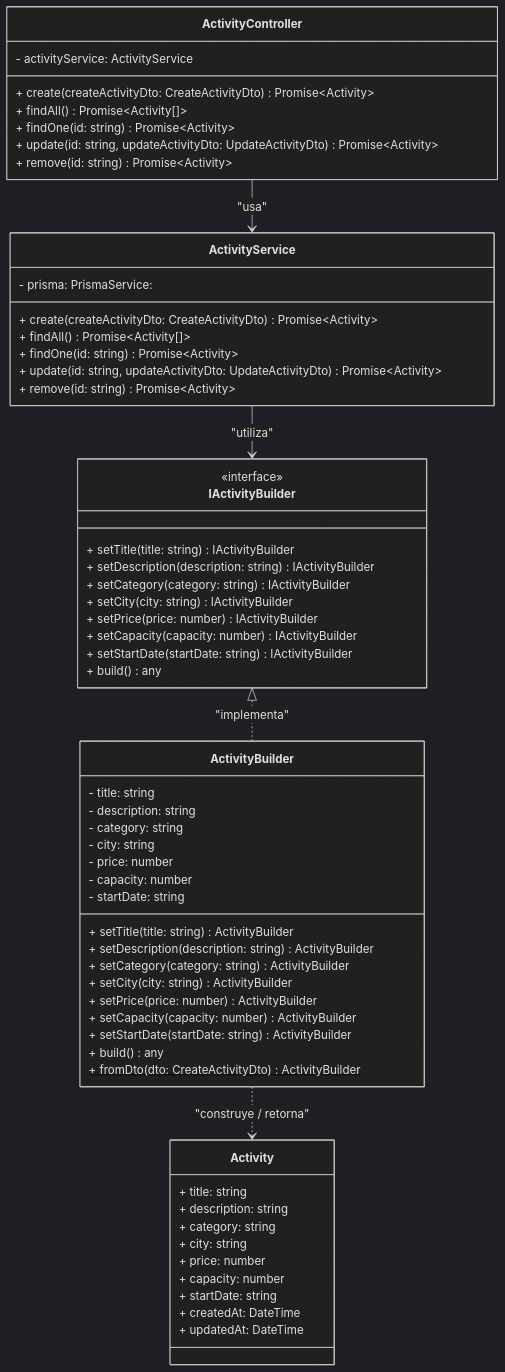
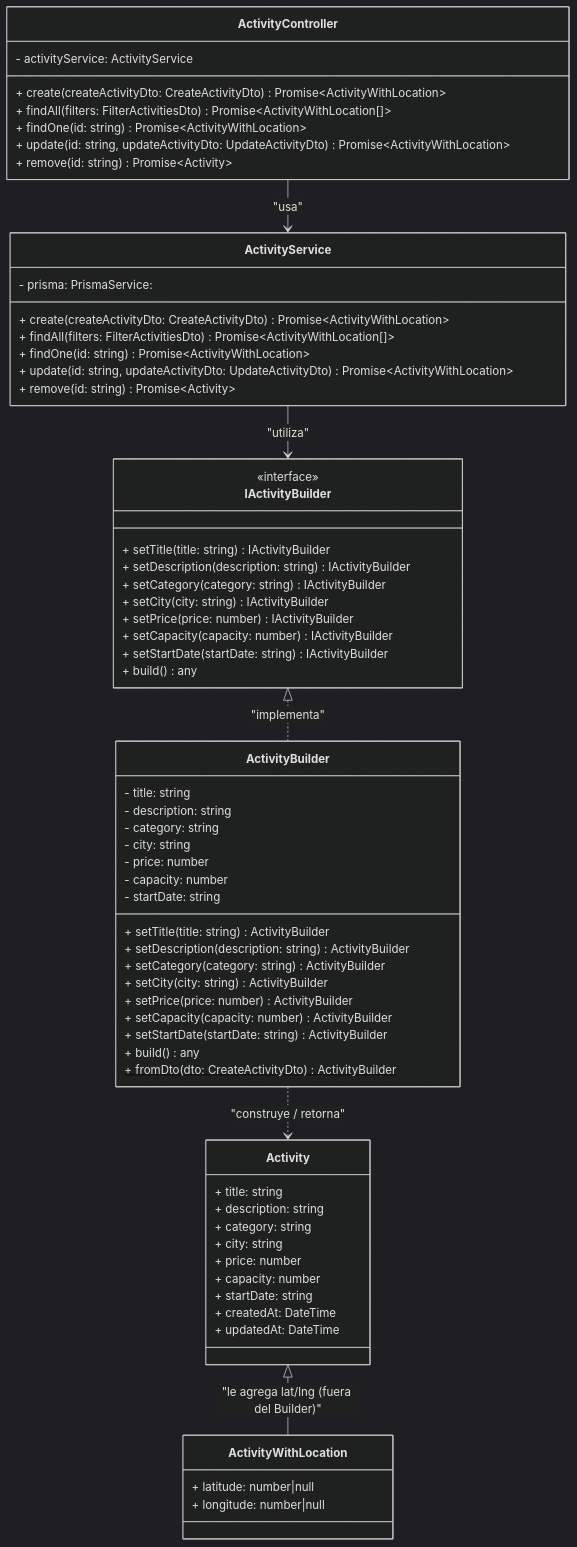
Before and after one commit to CaroDevs/Grupo1_Reto1_EventosMedellin: the second of 2 diagrams in docs/patrones-creacionales/justificacion.md, drawn with Mermaid (dark theme). The commit also changed other lines of this file, not shown here.

Commit message:
Add: actualiza el diagrama de Builder con filtros y ActivityWithLocation
findAll ahora recibe FilterActivitiesDto y los métodos devuelven
ActivityWithLocation (Activity + latitude/longitude), no estaba
reflejado. Se agrega también una nota explicando por qué latitude/
longitude no entraron al Builder: location es una columna PostGIS
(Unsupported en Prisma), se maneja aparte con SQL crudo en
ActivityService, no es responsabilidad del Builder.

````diff
--- a/docs/patrones-creacionales/justificacion.md
+++ b/docs/patrones-creacionales/justificacion.md
@@ -97,68 +97,74 @@
 ```mermaid
 classDiagram
     class ActivityController {
         - activityService: ActivityService
-        + create(createActivityDto: CreateActivityDto) Promise~Activity~
-        + findAll() Promise~Activity[]~
-        + findOne(id: string) Promise~Activity~
-        + update(id: string, updateActivityDto: UpdateActivityDto) Promise~Activity~
+        + create(createActivityDto: CreateActivityDto) Promise~ActivityWithLocation~
+        + findAll(filters: FilterActivitiesDto) Promise~ActivityWithLocation[]~
+        + findOne(id: string) Promise~ActivityWithLocation~
+        + update(id: string, updateActivityDto: UpdateActivityDto) Promise~ActivityWithLocation~
         + remove(id: string) Promise~Activity~
     }
 
     class ActivityService {
         - prisma: PrismaService:
-        + create(createActivityDto: CreateActivityDto) Promise~Activity~
-        + findAll() Promise~Activity[]~
-        + findOne(id: string) Promise~Activity~
-        + update(id: string, updateActivityDto: UpdateActivityDto) Promise~Activity~
+        + create(createActivityDto: CreateActivityDto) Promise~ActivityWithLocation~
+        + findAll(filters: FilterActivitiesDto) Promise~ActivityWithLocation[]~
+        + findOne(id: string) Promise~ActivityWithLocation~
+        + update(id: string, updateActivityDto: UpdateActivityDto) Promise~ActivityWithLocation~
         + remove(id: string) Promise~Activity~
     }
 
     class IActivityBuilder {
         <<interface>>
         + setTitle(title: string) IActivityBuilder
         + setDescription(description: string) IActivityBuilder
         + setCategory(category: string) IActivityBuilder
         + setCity(city: string) IActivityBuilder
         + setPrice(price: number) IActivityBuilder
         + setCapacity(capacity: number) IActivityBuilder
         + setStartDate(startDate: string) IActivityBuilder
         + build() any
     }
 
     class ActivityBuilder {
         - title: string 
         - description: string 
         - category: string 
         - city: string 
         - price: number 
         - capacity: number
         - startDate: string 
         + setTitle(title: string) ActivityBuilder
         + setDescription(description: string) ActivityBuilder
         + setCategory(category: string) ActivityBuilder
         + setCity(city: string) ActivityBuilder
         + setPrice(price: number) ActivityBuilder
         + setCapacity(capacity: number) ActivityBuilder
         + setStartDate(startDate: string) ActivityBuilder
         + build() any
         + fromDto(dto: CreateActivityDto)$ ActivityBuilder
     }
 
     class Activity {
         + title: string 
         + description: string 
         + category: string 
         + city: string 
         + price: number 
         + capacity: number
         + startDate: string 
         + createdAt: DateTime
         + updatedAt: DateTime
     }
 
+    class ActivityWithLocation {
+        + latitude: number|null
+        + longitude: number|null
+    }
+
     ActivityController --> ActivityService : "usa"
     ActivityService --> IActivityBuilder : "utiliza"
     IActivityBuilder <|.. ActivityBuilder : "implementa"
     ActivityBuilder ..> Activity : "construye / retorna"
+    Activity <|-- ActivityWithLocation : "le agrega lat/lng (fuera del Builder)"
 ```
````
